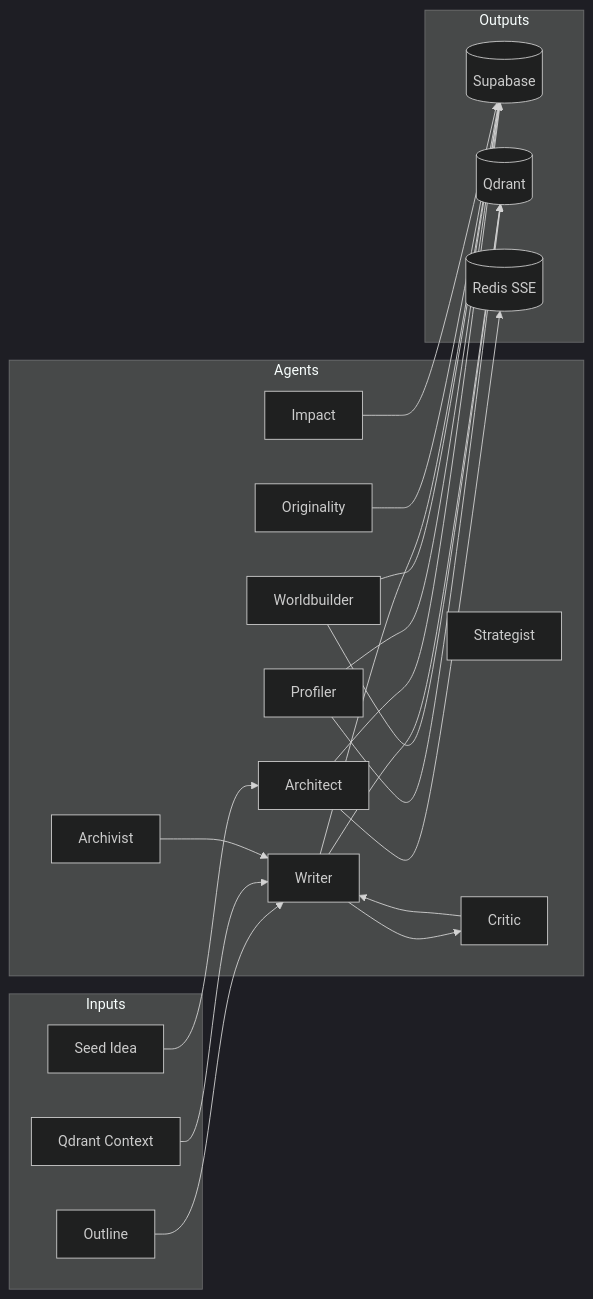
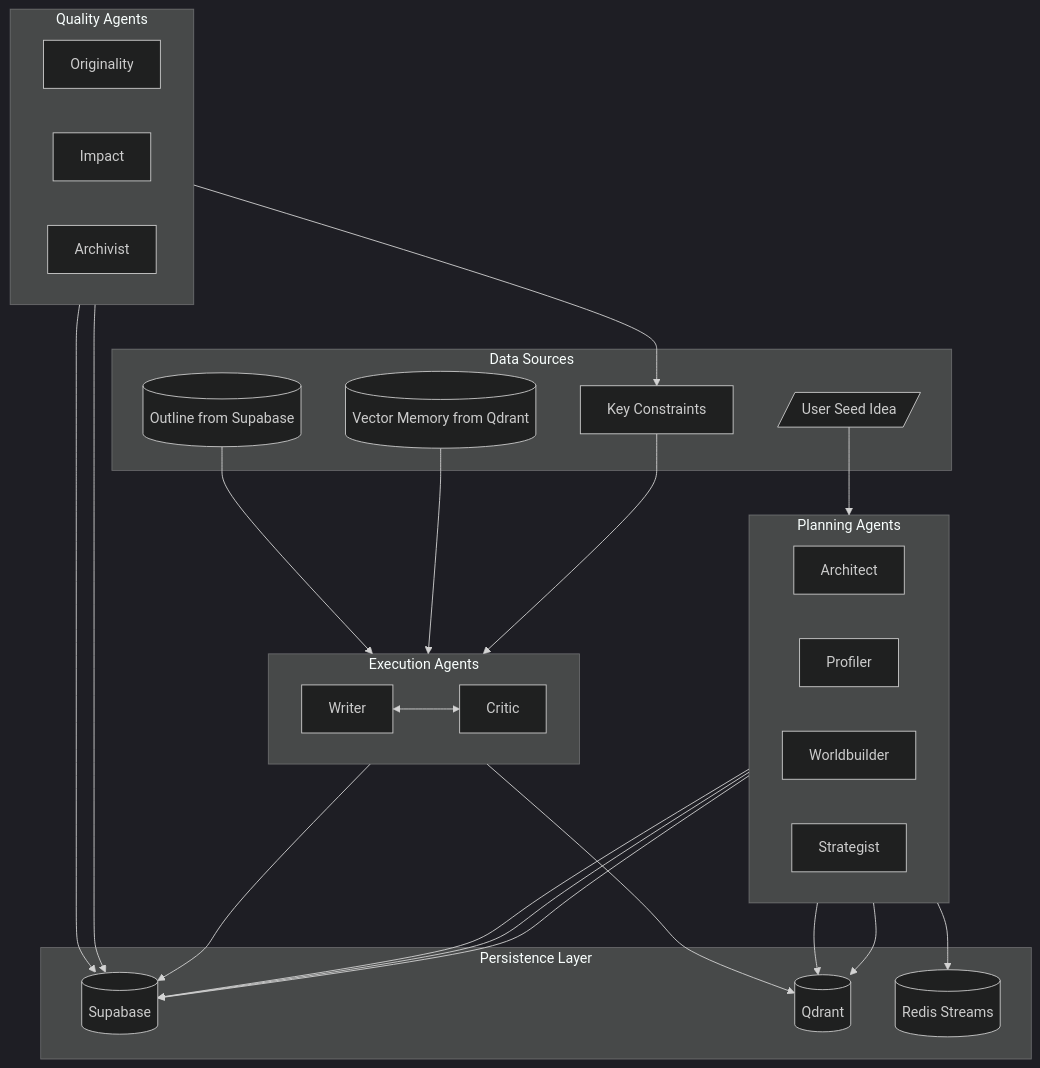
The fourth of 9 diagrams in README.md (IShalkin/manoe), drawn with Mermaid (dark theme) before and after one commit. The commit also changed other lines of this file, not shown here.

First line of the commit message:
feat: Enhance Mermaid diagrams with better styling and more detail

````diff
--- a/README.md
+++ b/README.md
@@ -150,43 +176,58 @@
 ```mermaid
-flowchart LR
-    subgraph Inputs
-        Seed[Seed Idea]
-        Outline[Outline]
-        Context[Qdrant Context]
+flowchart TB
+    subgraph Inputs["Data Sources"]
+        Seed[/"User Seed Idea"/]
+        Outline[("Outline from Supabase")]
+        Memory[("Vector Memory from Qdrant")]
+        Constraints["Key Constraints"]
     end
     
-    subgraph Agents
-        Architect
-        Profiler
-        Worldbuilder
-        Strategist
-        Writer
-        Critic
-        Originality
-        Impact
-        Archivist
+    subgraph PlanningAgents["Planning Agents"]
+        direction LR
+        Architect["Architect"]
+        Profiler["Profiler"]
+        Worldbuilder["Worldbuilder"]
+        Strategist["Strategist"]
     end
     
-    subgraph Outputs
-        Supabase[(Supabase)]
-        Qdrant[(Qdrant)]
-        Redis[(Redis SSE)]
+    subgraph ExecutionAgents["Execution Agents"]
+        direction LR
+        Writer["Writer"]
+        Critic["Critic"]
+    end
+    
+    subgraph QualityAgents["Quality Agents"]
+        direction LR
+        Originality["Originality"]
+        Impact["Impact"]
+        Archivist["Archivist"]
+    end
+    
+    subgraph Storage["Persistence Layer"]
+        DB[(Supabase)]
+        Vec[(Qdrant)]
+        Stream[(Redis Streams)]
     end
     
     Seed --> Architect
-    Architect --> Supabase
-    Architect --> Redis
-    Profiler --> Supabase
-    Profiler --> Qdrant
-    Worldbuilder --> Supabase
-    Worldbuilder --> Qdrant
+    Architect --> DB
+    Architect --> Stream
+    
+    Profiler --> DB
+    Profiler --> Vec
+    
+    Worldbuilder --> DB
+    Worldbuilder --> Vec
+    
     Outline --> Writer
-    Context --> Writer
-    Writer --> Supabase
-    Writer --> Qdrant
-    Writer --> Critic
-    Critic --> Writer
-    Archivist --> Writer
-    Originality --> Supabase
-    Impact --> Supabase
+    Memory --> Writer
+    Constraints --> Writer
+    Writer --> DB
+    Writer --> Vec
+    
+    Writer <--> Critic
+    Archivist --> Constraints
+    
+    Originality --> DB
+    Impact --> DB
 ```
````
